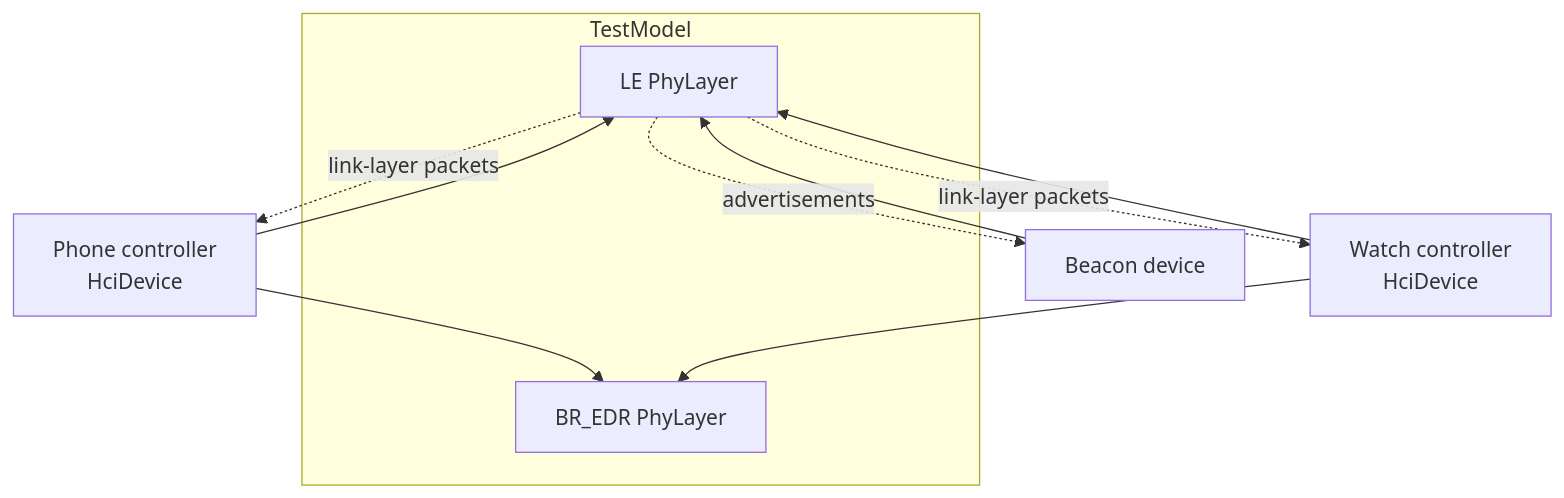
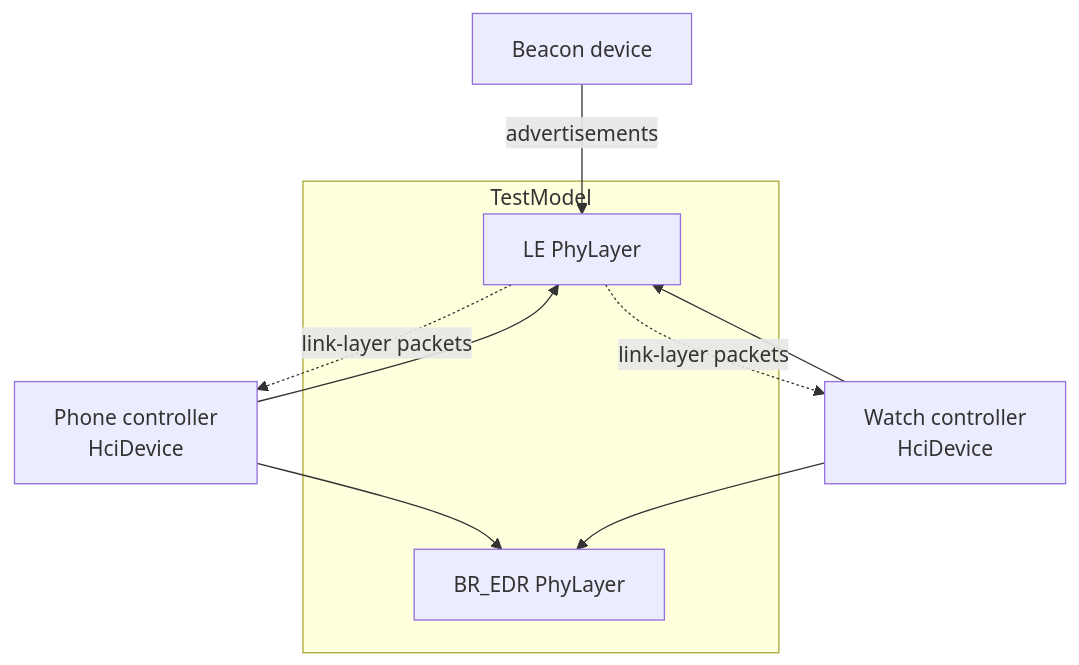
One commit to aospbooks/android-emulator-internal-book changed the second of 6 diagrams in 19-bluetooth.md. Above: the diagram before and after it, drawn with Mermaid. The commit also changed other lines of this file and 31 other files, not shown here.

````diff
--- a/19-bluetooth.md
+++ b/19-bluetooth.md
@@ -143,15 +153,14 @@
 ```mermaid
 flowchart TB
     subgraph TM["TestModel"]
         PL["LE PhyLayer"]
         PB["BR_EDR PhyLayer"]
     end
     C1["Phone controller<br/>HciDevice"] --> PL
     C1 --> PB
     C2["Watch controller<br/>HciDevice"] --> PL
     C2 --> PB
-    BEAC["Beacon device"] --> PL
+    BEAC["Beacon device"] -->|"advertisements"| PL
     PL -.->|"link-layer packets"| C1
     PL -.->|"link-layer packets"| C2
-    PL -.->|"advertisements"| BEAC
 ```
````
